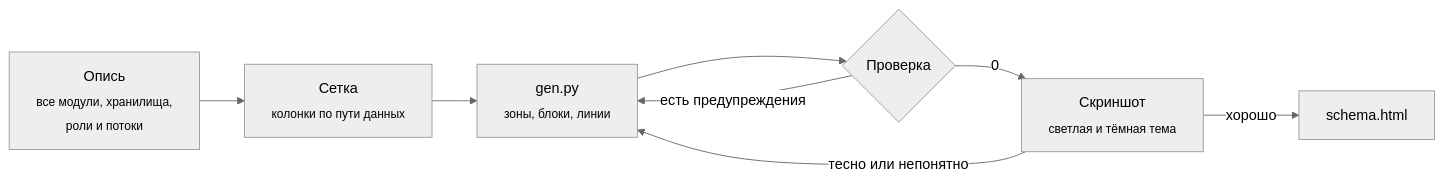
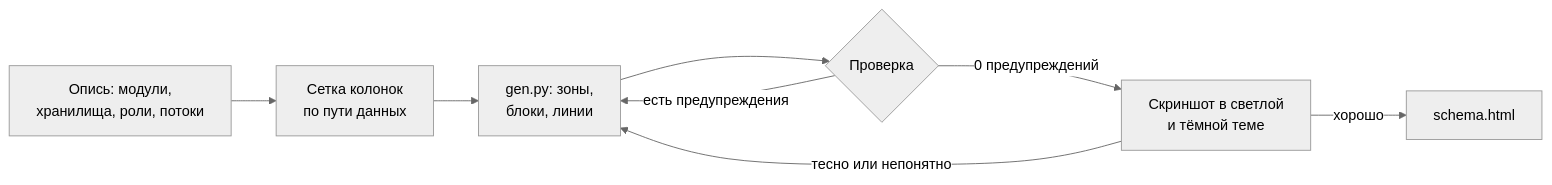
Before and after one commit to geniuses43/system-diagram: the diagram in README.md, drawn with Mermaid (neutral theme).

Commit message:
README: упростил подписи в mermaid-схеме

````diff
--- a/README.md
+++ b/README.md
@@ -86,10 +86,10 @@
 ```mermaid
 flowchart LR
-    A["Опись<br/><sub>все модули, хранилища,<br/>роли и потоки</sub>"] --> B["Сетка<br/><sub>колонки по пути данных</sub>"]
-    B --> C["gen.py<br/><sub>зоны, блоки, линии</sub>"]
+    A["Опись: модули,<br/>хранилища, роли, потоки"] --> B["Сетка колонок<br/>по пути данных"]
+    B --> C["gen.py: зоны,<br/>блоки, линии"]
     C --> D{"Проверка"}
     D -- "есть предупреждения" --> C
-    D -- "0" --> E["Скриншот<br/><sub>светлая и тёмная тема</sub>"]
+    D -- "0 предупреждений" --> E["Скриншот в светлой<br/>и тёмной теме"]
     E -- "тесно или непонятно" --> C
     E -- "хорошо" --> F["schema.html"]
 ```
````
